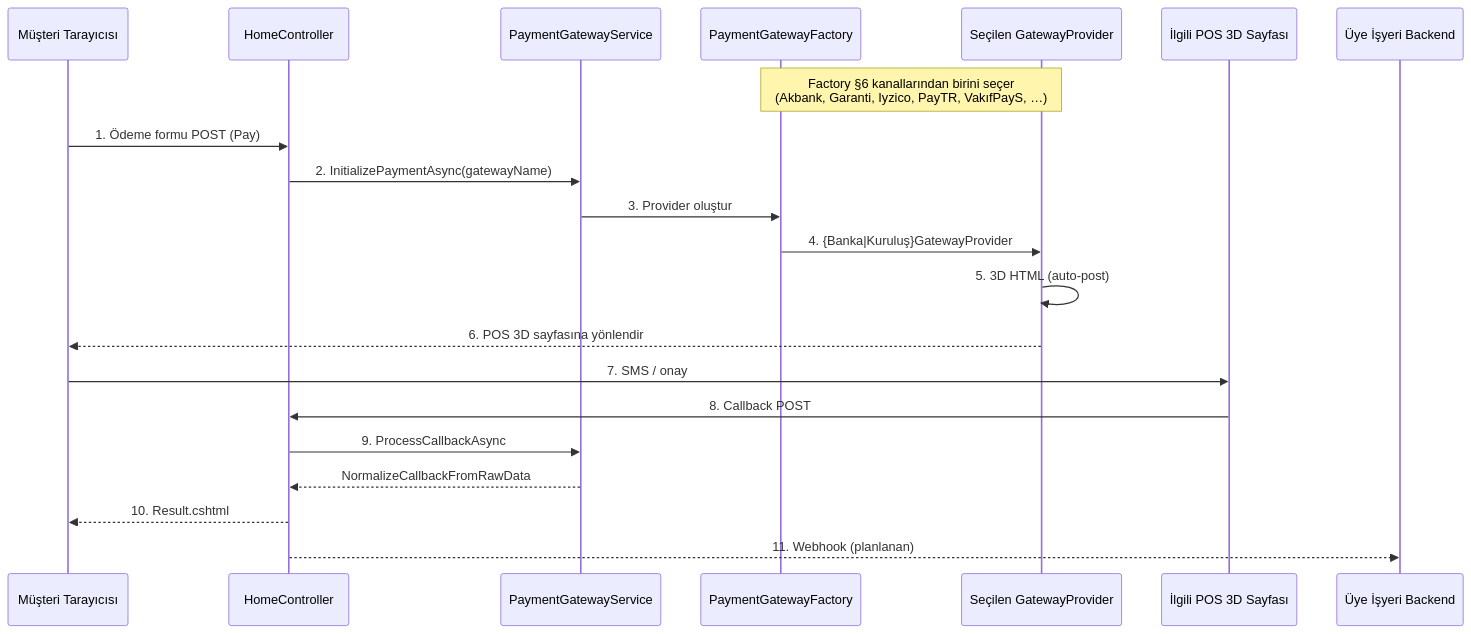
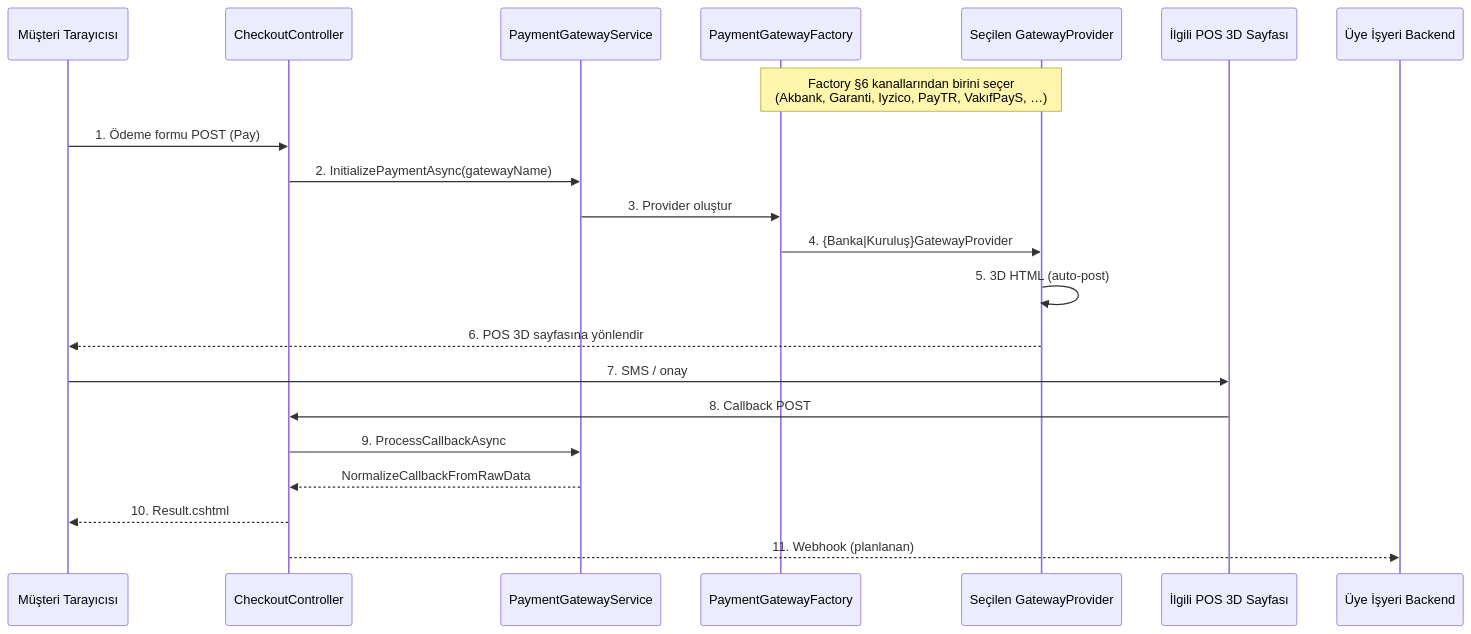
The eighth of 10 diagrams in docs/TriPay_Proje_Dokumani.md (mehmetunal/tripay), drawn with Mermaid before and after one commit. The commit also changed other lines of this file and 183 other files, not shown here.

````diff
--- a/docs/TriPay_Proje_Dokumani.md
+++ b/docs/TriPay_Proje_Dokumani.md
@@ -605,25 +639,25 @@
 ```mermaid
 sequenceDiagram
     participant M as Müşteri Tarayıcısı
-    participant C as HomeController
+    participant C as CheckoutController
     participant S as PaymentGatewayService
     participant F as PaymentGatewayFactory
     participant P as Seçilen GatewayProvider
     participant B as İlgili POS 3D Sayfası
     participant U as Üye İşyeri Backend
 
     Note over F,P: Factory §6 kanallarından birini seçer<br/>(Akbank, Garanti, Iyzico, PayTR, VakıfPayS, …)
 
     M->>C: 1. Ödeme formu POST (Pay)
     C->>S: 2. InitializePaymentAsync(gatewayName)
     S->>F: 3. Provider oluştur
     F->>P: 4. {Banka|Kuruluş}GatewayProvider
     P->>P: 5. 3D HTML (auto-post)
     P-->>M: 6. POS 3D sayfasına yönlendir
     M->>B: 7. SMS / onay
     B->>C: 8. Callback POST
     C->>S: 9. ProcessCallbackAsync
     S-->>C: NormalizeCallbackFromRawData
     C-->>M: 10. Result.cshtml
     C-->>U: 11. Webhook (planlanan)
 ```
````
